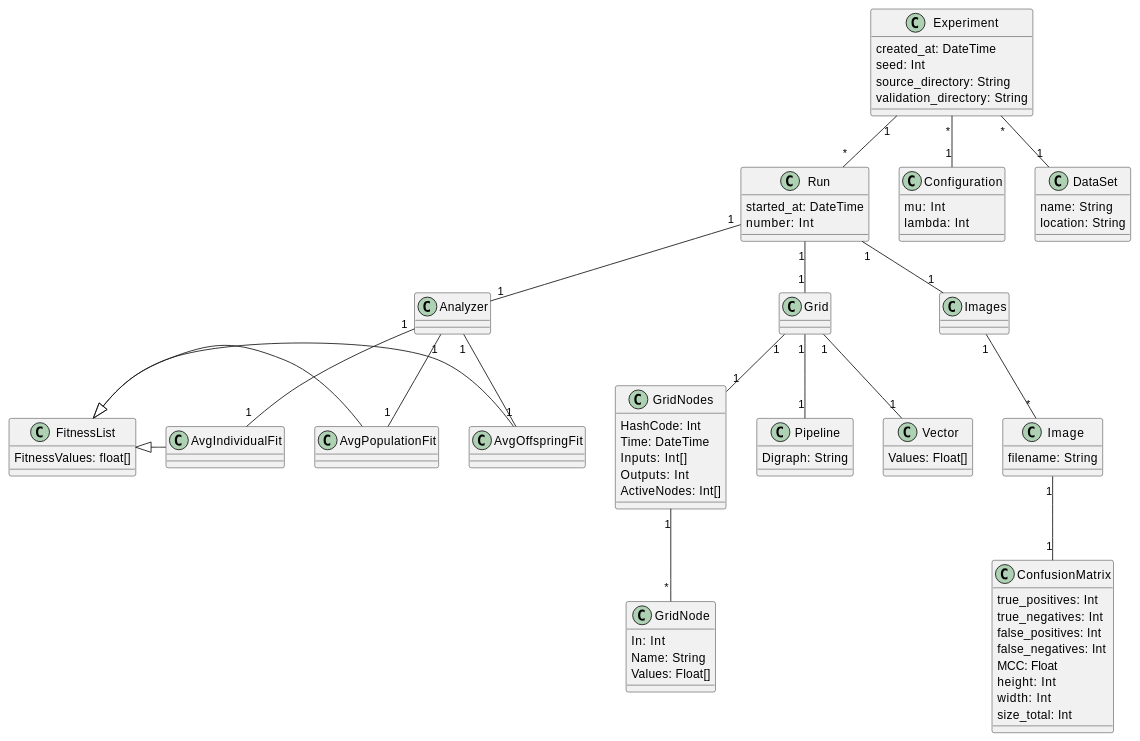
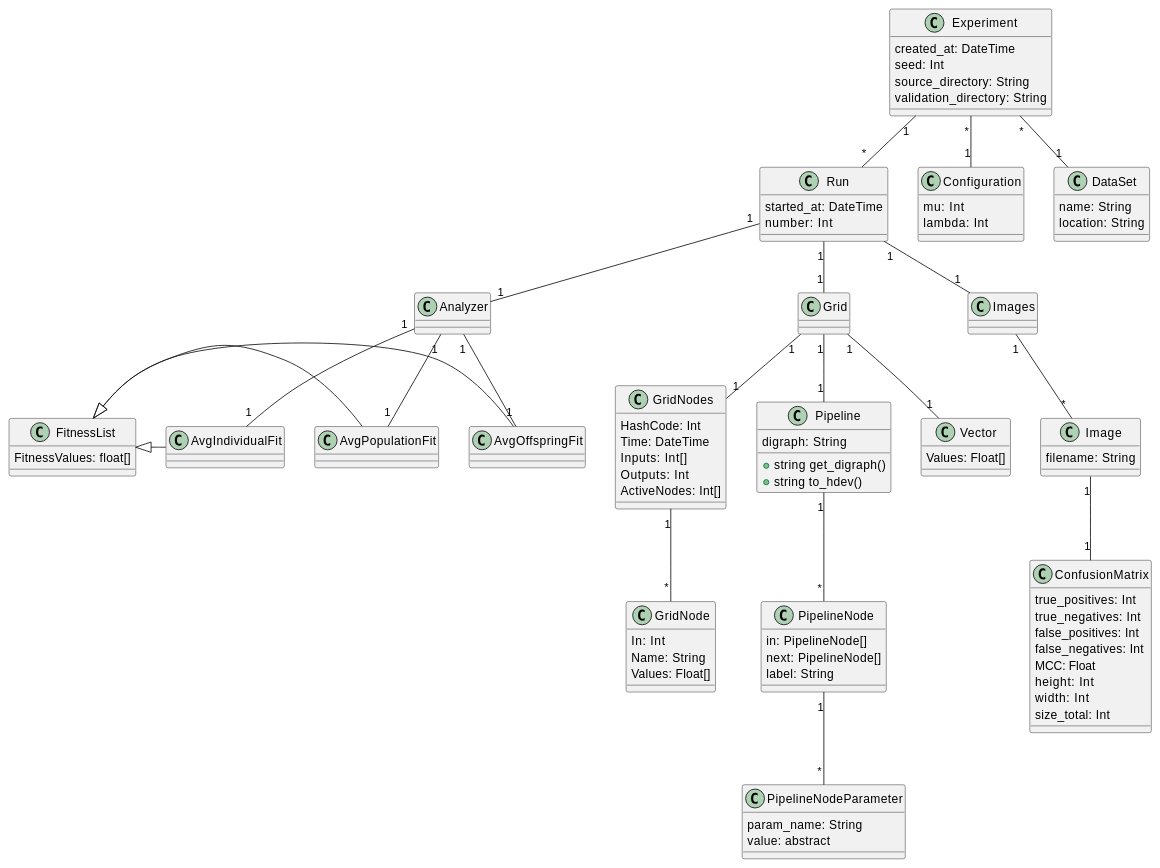
The diagram in diagrams/DataModel.md (anmarchio/experiments), drawn with PlantUML before and after one commit. The commit also changed other lines of this file, not shown here.

```diff
--- a/diagrams/DataModel.md
+++ b/diagrams/DataModel.md
@@ -50,8 +50,22 @@
   Values: Float[]
 }
 class Pipeline {
-  Digraph: String
+  digraph: String
+  + string get_digraph()
+  + string to_hdev()
 }
+
+class PipelineNode {
+  in: PipelineNode[]
+  next: PipelineNode[]
+  label: String
+}
+
+class PipelineNodeParameter {
+  param_name: String
+  value: abstract
+}
+
 class Vector {
   Values: Float[]
 }
@@ -90,6 +104,8 @@
 GridNodes "1" -- "*" GridNode
 Grid "1" -- "1" Pipeline
 Grid "1" -- "1" Vector
+Pipeline "1" -- "*" PipelineNode
+PipelineNode "1" -- "*" PipelineNodeParameter
 
 Run "1" -- "1" Images
 Images "1" -- "*" Image
```
